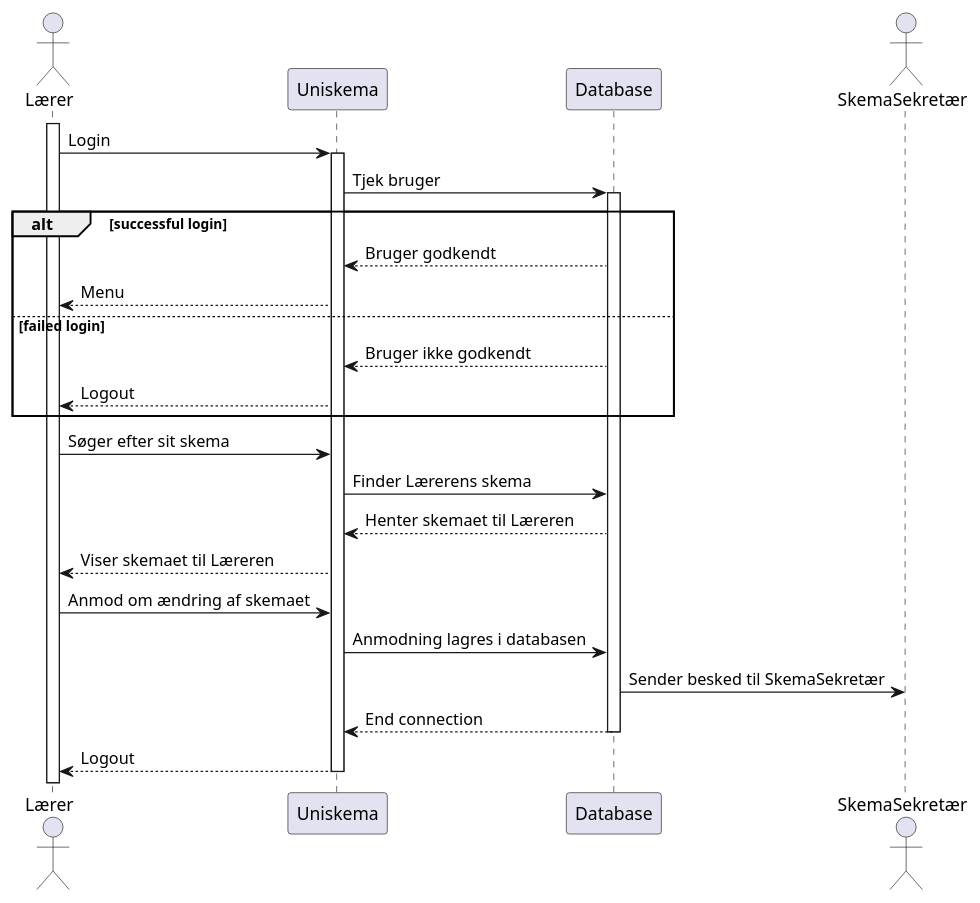
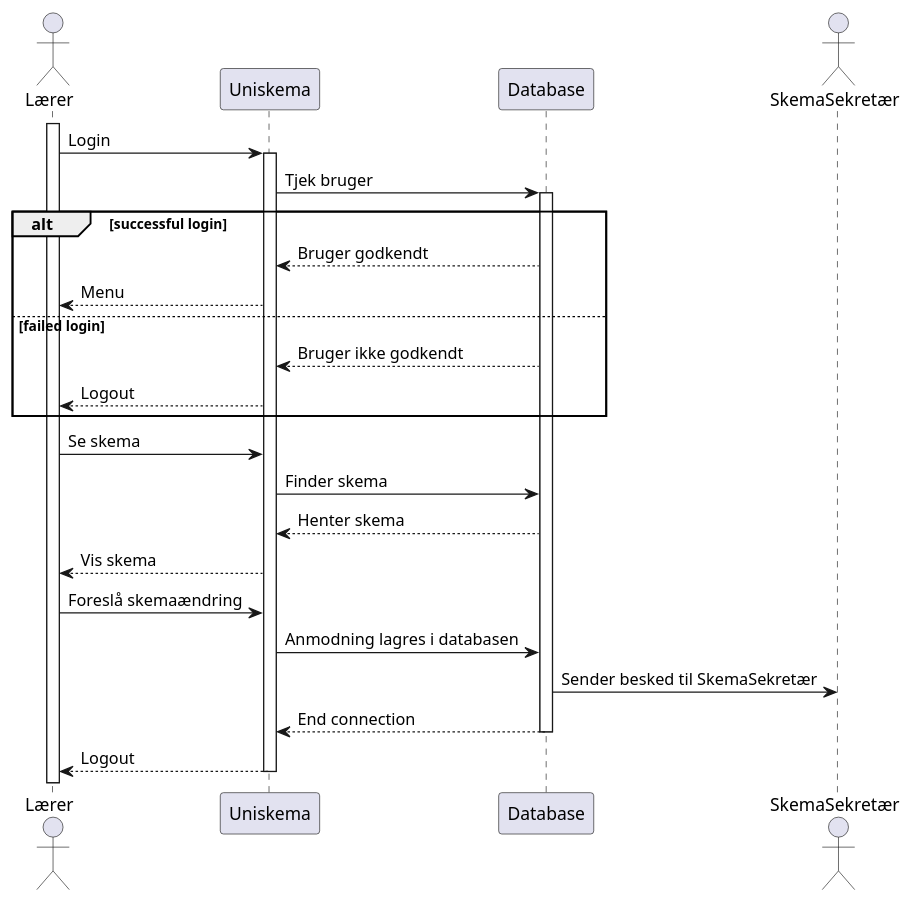
Before and after one commit to MadsSchroder/Systemudvikling-Eksamen-KU: the diagram in Diagrams/SSD lærer.puml, drawn with PlantUML. The commit also changed 2 other files, not shown here.

```diff
--- a/Diagrams/SSD lærer.puml
+++ b/Diagrams/SSD lærer.puml
@@ -1,25 +1,25 @@
 @startuml
 Actor Lærer
 Activate Lærer
 Lærer -> Uniskema: Login
 Activate Uniskema
 Uniskema -> Database: Tjek bruger
 Activate Database
 Actor SkemaSekretær
 alt successful login
     Uniskema <-- Database: Bruger godkendt
     Lærer <-- Uniskema: Menu
 else failed login
     Uniskema <-- Database: Bruger ikke godkendt
     Lærer <-- Uniskema: Logout
 end
-Lærer -> Uniskema: Søger efter sit skema
-Uniskema -> Database: Finder Lærerens skema
-Uniskema <-- Database: Henter skemaet til Læreren
-Lærer <-- Uniskema: Viser skemaet til Læreren
-Lærer -> Uniskema: Anmod om ændring af skemaet
+Lærer -> Uniskema: Se skema
+Uniskema -> Database: Finder skema
+Uniskema <-- Database: Henter skema
+Lærer <-- Uniskema: Vis skema
+Lærer -> Uniskema: Foreslå skemaændring
 Uniskema -> Database: Anmodning lagres i databasen
 Database -> SkemaSekretær: Sender besked til SkemaSekretær
 return End connection
 return Logout
 @enduml
```
